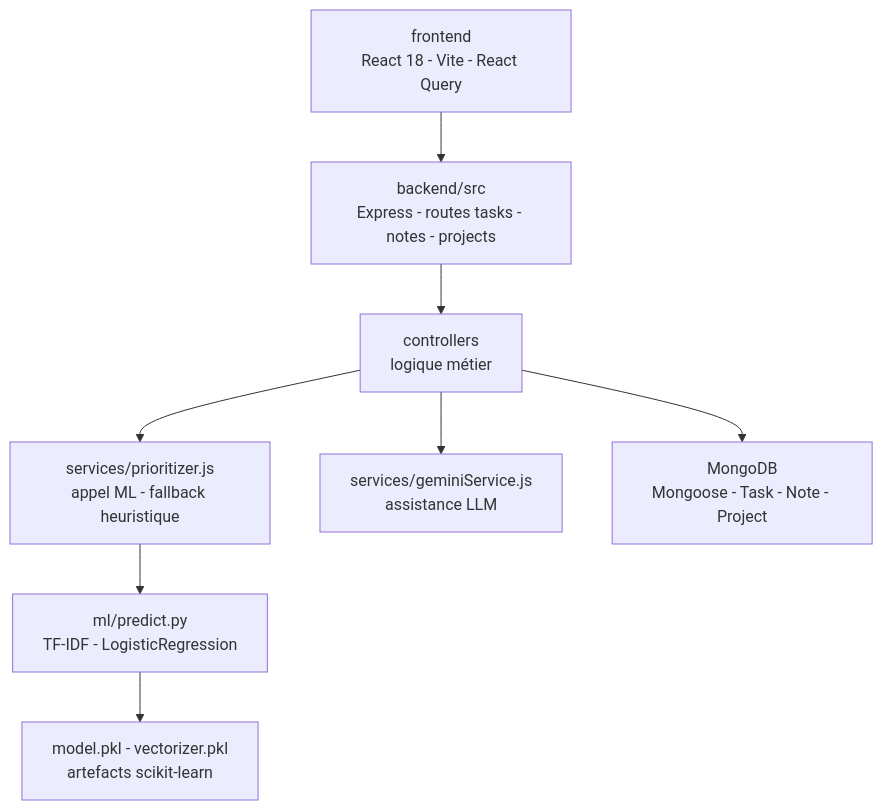
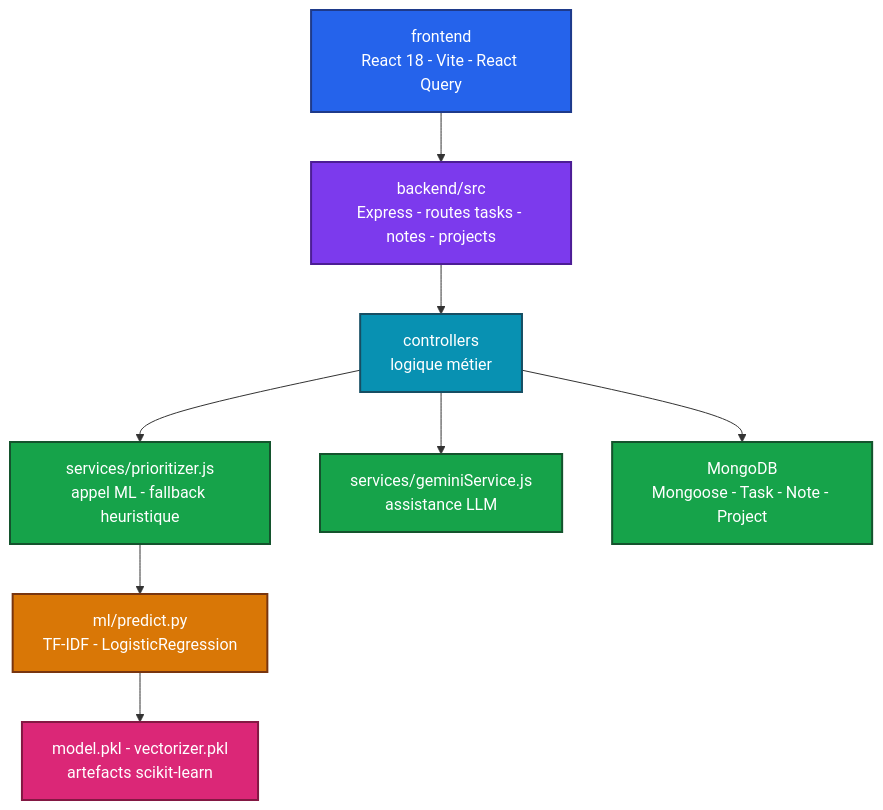
One commit to Adam-Blf/Taskmate changed the diagram in README.md. Above: the diagram before and after it, drawn with Mermaid.

Commit message:
docs: add colors to mermaid diagrams (#5)
Each node gets a palette class (by subgraph or by flow depth), subgraphs are tinted, non-flowchart diagrams use a colored base theme. Validated by rendering every diagram before and after.

````diff
--- a/README.md
+++ b/README.md
@@ -26,18 +26,31 @@
 ```mermaid
 flowchart TB
     FRONT["frontend<br/>React 18 - Vite - React Query"]
     API["backend/src<br/>Express - routes tasks - notes - projects"]
     CTRL["controllers<br/>logique métier"]
     PRIOR["services/prioritizer.js<br/>appel ML - fallback heuristique"]
     GEMINI["services/geminiService.js<br/>assistance LLM"]
     ML["ml/predict.py<br/>TF-IDF - LogisticRegression"]
     MODEL["model.pkl - vectorizer.pkl<br/>artefacts scikit-learn"]
     DB["MongoDB<br/>Mongoose - Task - Note - Project"]
     FRONT --> API
     API --> CTRL
     CTRL --> PRIOR
     CTRL --> GEMINI
     PRIOR --> ML
     ML --> MODEL
     CTRL --> DB
+
+    classDef c0 fill:#2563eb,stroke:#1e3a8a,stroke-width:2px,color:#ffffff
+    classDef c1 fill:#7c3aed,stroke:#4c1d95,stroke-width:2px,color:#ffffff
+    classDef c2 fill:#0891b2,stroke:#164e63,stroke-width:2px,color:#ffffff
+    classDef c3 fill:#16a34a,stroke:#14532d,stroke-width:2px,color:#ffffff
+    classDef c4 fill:#d97706,stroke:#78350f,stroke-width:2px,color:#ffffff
+    classDef c5 fill:#db2777,stroke:#831843,stroke-width:2px,color:#ffffff
+    class FRONT c0
+    class API c1
+    class CTRL c2
+    class PRIOR,GEMINI,DB c3
+    class ML c4
+    class MODEL c5
 ```
````
